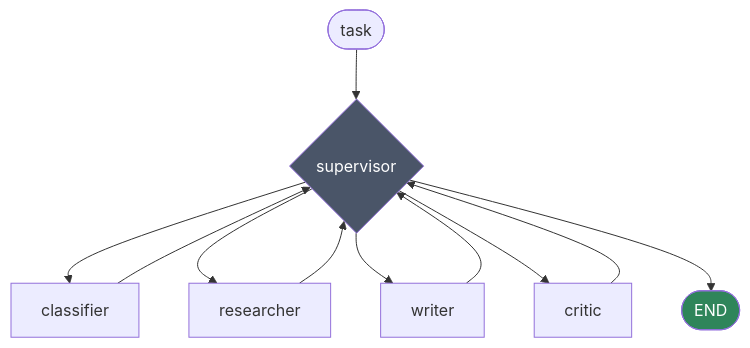
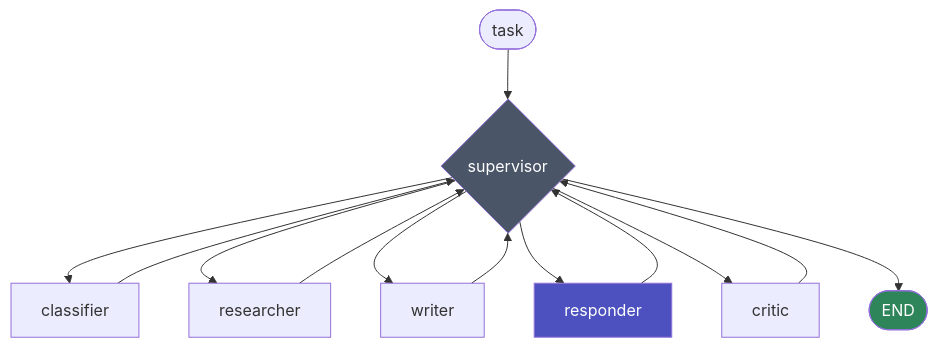
Before and after one commit to future-beat/research-agent: the diagram in README.md, drawn with Mermaid. The commit also changed other lines of this file and 11 other files, not shown here.

````diff
--- a/README.md
+++ b/README.md
@@ -41,16 +54,19 @@
 ```mermaid
 flowchart TD
     START([task]) --> S{supervisor}
     S --> C[classifier]
     S --> R[researcher]
     S --> W[writer]
+    S --> P[responder]
     S --> K[critic]
     S --> E([END])
     C --> S
     R --> S
     W --> S
+    P --> S
     K --> S
 
     style S fill:#4a5568,color:#fff
+    style P fill:#4c51bf,color:#fff
     style E fill:#2f855a,color:#fff
 ```
````
